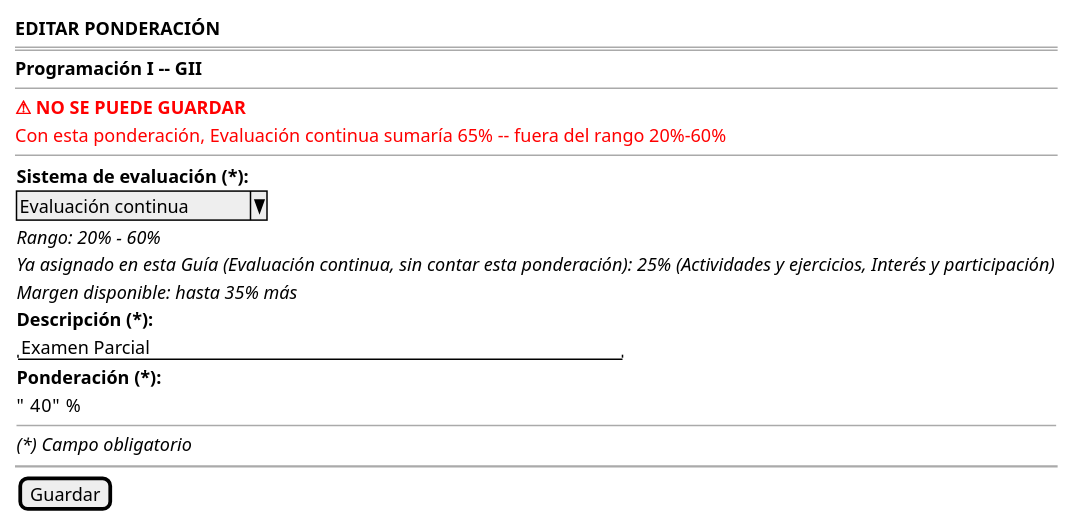
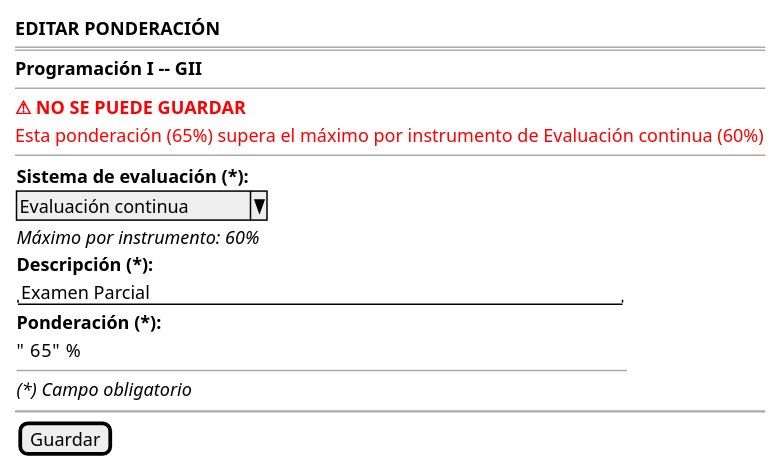
One commit to mmasias/pyCeldaPublico changed the second of 2 diagrams in RUP/01-requisitos/03-detalle-casos-uso/editarPonderacionEvaluacion/wireframes.puml. Above: the diagram before and after it, drawn with PlantUML. The commit also changed other lines of this file and 14 other files, not shown here.

```diff
--- a/RUP/01-requisitos/03-detalle-casos-uso/editarPonderacionEvaluacion/wireframes.puml
+++ b/RUP/01-requisitos/03-detalle-casos-uso/editarPonderacionEvaluacion/wireframes.puml
@@ -25,26 +23,24 @@
 @startsalt editarPonderacionEvaluacion-wireframe-error
 {
     <b>EDITAR PONDERACIÓN</b>
     ====
     <b>Programación I -- GII</b>
     --
     <color:red><b>⚠ NO SE PUEDE GUARDAR</b></color>
-    <color:red>Con esta ponderación, Evaluación continua sumaría 65% -- fuera del rango 20%-60%</color>
+    <color:red>Esta ponderación (65%) supera el máximo por instrumento de Evaluación continua (60%)</color>
     --
     {
         <b>Sistema de evaluación (*):</b>
         ^Evaluación continua^
-        <i>Rango: 20% - 60%</i>
-        <i>Ya asignado en esta Guía (Evaluación continua, sin contar esta ponderación): 25% (Actividades y ejercicios, Interés y participación)</i>
-        <i>Margen disponible: hasta 35% más</i>
+        <i>Máximo por instrumento: 60%</i>
         <b>Descripción (*):</b>
         "Examen Parcial                                    "
         <b>Ponderación (*):</b>
-        "  40" %
+        "  65" %
         --
         <i>(*) Campo obligatorio</i>
     }
     ~~
     {[Guardar]}
 }
 @endsalt
```
